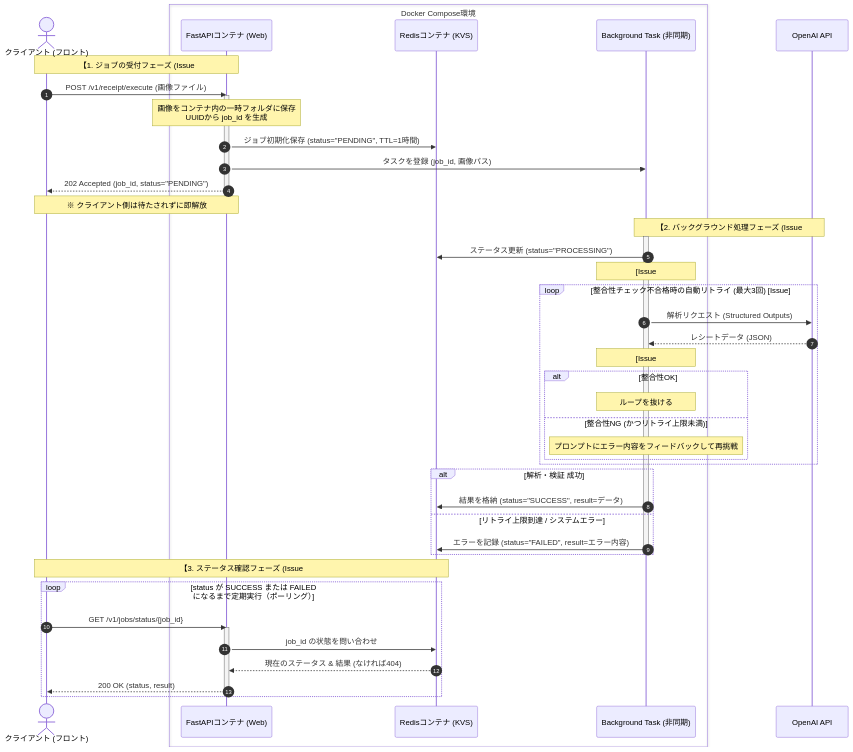
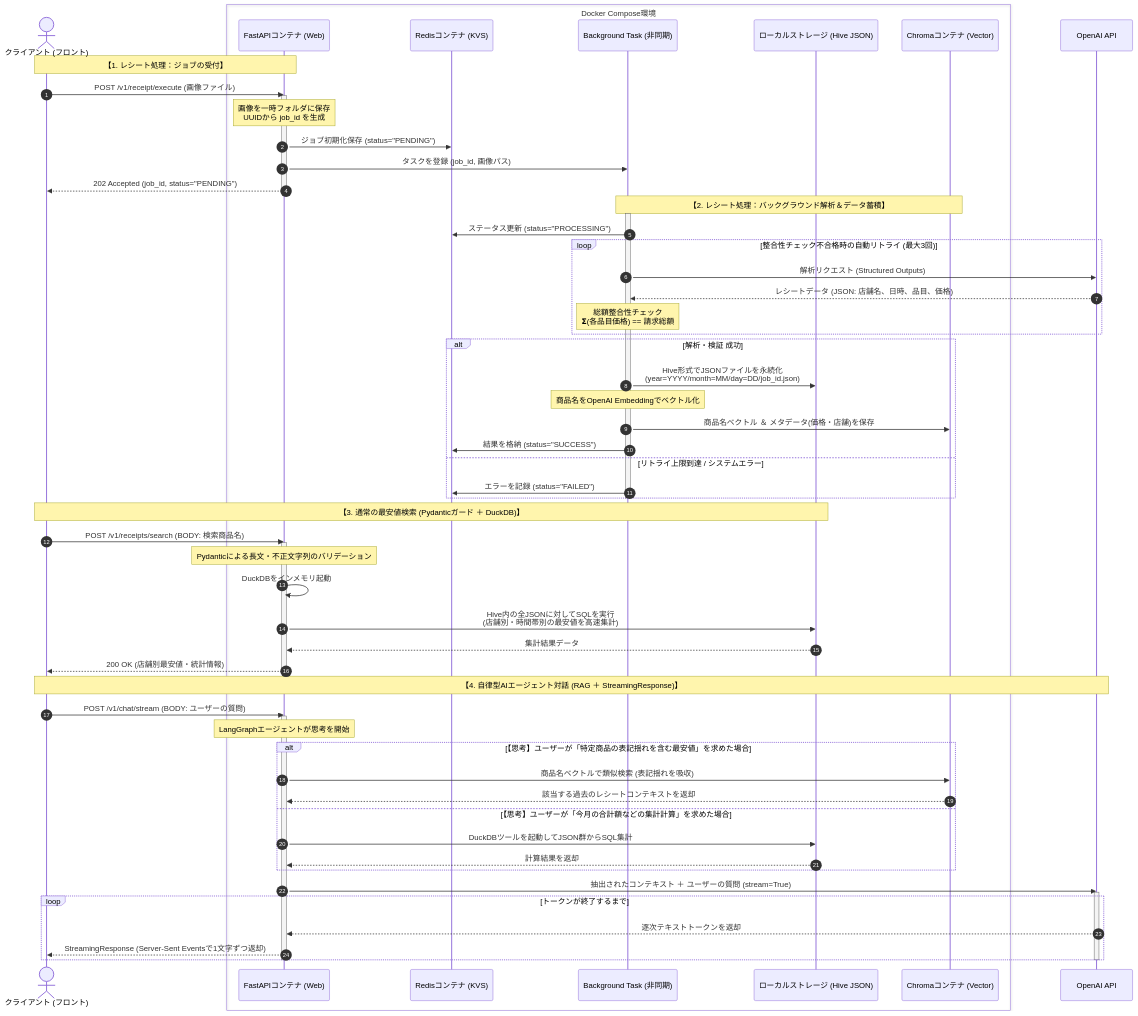
Before and after one commit to mizuki793/sample-receipt-digitization: the diagram in README.md, drawn with Mermaid. The commit also changed other lines of this file and 15 other files, not shown here.

````diff
--- a/README.md
+++ b/README.md
@@ -11,53 +11,79 @@
         participant API as FastAPIコンテナ (Web)
         participant Redis as Redisコンテナ (KVS)
         participant Task as Background Task (非同期)
+        participant Storage as ローカルストレージ (Hive JSON)
+        participant VectorDB as Chromaコンテナ (Vector)
     end
     participant LLM as OpenAI API
 
-    %% ーーー 1. ジョブの受付フェーズ ーーー
-    Note over Client, API: 【1. ジョブの受付フェーズ (Issue #1, #2)】
+    %% 1. レシート処理：ジョブの受付
+    Note over Client, API: 【1. レシート処理：ジョブの受付】
     Client->>API: POST /v1/receipt/execute (画像ファイル)
     activate API
-    Note over API: 画像をコンテナ内の一時フォルダに保存<br/>UUIDから job_id を生成
-    API->>Redis: ジョブ初期化保存 (status="PENDING", TTL=1時間)
+    Note over API: 画像を一時フォルダに保存<br/>UUIDから job_id を生成
+    API->>Redis: ジョブ初期化保存 (status="PENDING")
     API->>Task: タスクを登録 (job_id, 画像パス)
     API-->>Client: 202 Accepted (job_id, status="PENDING")
     deactivate API
-    Note over Client, API: ※ クライアント側は待たされずに即解放
 
-    %% ーーー 2. バックグラウンド処理フェーズ ーーー
-    Note over Task, LLM: 【2. バックグラウンド処理フェーズ (Issue #3 ~ #5)】
+    %% 2. レシート処理：非同期バックグラウンド解析＆永続化
+    Note over Task, VectorDB: 【2. レシート処理：バックグラウンド解析＆データ蓄積】
     activate Task
     Task->>Redis: ステータス更新 (status="PROCESSING")
     
-    Note over Task: [Issue #4] コード内の擬似テキストで検証<br/>[Issue #5] 保存された本物画像を読み込み
-    
-    loop 整合性チェック不合格時の自動リトライ (最大3回) [Issue #5]
+    loop 整合性チェック不合格時の自動リトライ (最大3回)
         Task->>LLM: 解析リクエスト (Structured Outputs)
-        LLM-->>Task: レシートデータ (JSON)
-        Note over Task: [Issue #3] 総額整合性チェック<br/>𝝨(各品目) == 請求総額
-        alt 整合性OK
-            Note over Task: ループを抜ける
-        else 整合性NG (かつリトライ上限未満)
-            Note over Task: プロンプトにエラー内容をフィードバックして再挑戦
-        end
+        LLM-->>Task: レシートデータ (JSON: 店舗名、日時、品目、価格)
+        Note over Task: 総額整合性チェック<br/>𝝨(各品目価格) == 請求総額
     end
 
     alt 解析・検証 成功
-        Task->>Redis: 結果を格納 (status="SUCCESS", result=データ)
+        %% Hive形式保存
+        Task->>Storage: Hive形式でJSONファイルを永続化<br/>(year=YYYY/month=MM/day=DD/job_id.json)
+        
+        %% Vector DBへの同期（表記揺れ吸収用）
+        Note over Task: 商品名をOpenAI Embeddingでベクトル化
+        Task->>VectorDB: 商品名ベクトル ＆ メタデータ(価格・店舗)を保存
+        
+        Task->>Redis: 結果を格納 (status="SUCCESS")
     else リトライ上限到達 / システムエラー
-        Task->>Redis: エラーを記録 (status="FAILED", result=エラー内容)
+        Task->>Redis: エラーを記録 (status="FAILED")
     end
     deactivate Task
 
-    %% ーーー 3. ステータス確認フェーズ ーーー
-    Note over Client, Redis: 【3. ステータス確認フェーズ (Issue #2)】
-    loop status が SUCCESS または FAILED になるまで定期実行（ポーリング）
-        Client->>API: GET /v1/jobs/status/{job_id}
-        activate API
-        API->>Redis: job_id の状態を問い合わせ
-        Redis-->>API: 現在のステータス & 結果 (なければ404)
-        API-->>Client: 200 OK (status, result)
-        deactivate API
+    %% 3. 通常の最安値検索 (POST)
+    Note over Client, Storage: 【3. 通常の最安値検索 (Pydanticガード ＋ DuckDB)】
+    Client->>API: POST /v1/receipts/search (BODY: 検索商品名)
+    activate API
+    Note over API: Pydanticによる長文・不正文字列のバリデーション
+    API->>API: DuckDBをインメモリ起動
+    API->>Storage: Hive内の全JSONに対してSQLを実行<br/>(店舗別・時間帯別の最安値を高速集計)
+    Storage-->>API: 集計結果データ
+    API-->>Client: 200 OK (店舗別最安値・統計情報)
+    deactivate API
+
+    %% 4. AIチャット対話＆最安値RAGエージェント (Streaming)
+    Note over Client, LLM: 【4. 自律型AIエージェント対話 (RAG ＋ StreamingResponse)】
+    Client->>API: POST /v1/chat/stream (BODY: ユーザーの質問)
+    activate API
+    
+    Note over API: LangGraphエージェントが思考を開始
+    
+    alt 【思考】ユーザーが「特定商品の表記揺れを含む最安値」を求めた場合
+        API->>VectorDB: 商品名ベクトルで類似検索 (表記揺れを吸収)
+        VectorDB-->>API: 該当する過去のレシートコンテキストを返却
+    else 【思考】ユーザーが「今月の合計額などの集計計算」を求めた場合
+        API->>Storage: DuckDBツールを起動してJSON群からSQL集計
+        Storage-->>API: 計算結果を返却
     end
+
+    %% Streamingの実行
+    API->>LLM: 抽出されたコンテキスト ＋ ユーザーの質問 (stream=True)
+    activate LLM
+    loop トークンが終了するまで
+        LLM-->>API: 逐次テキストトークンを返却
+        API-->>Client: StreamingResponse (Server-Sent Eventsで1文字ずつ返却)
+    end
+    deactivate LLM
+    deactivate API
   ```
````
